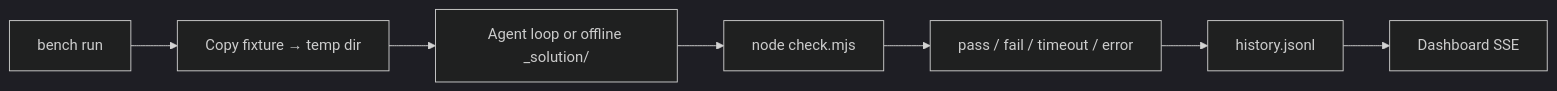
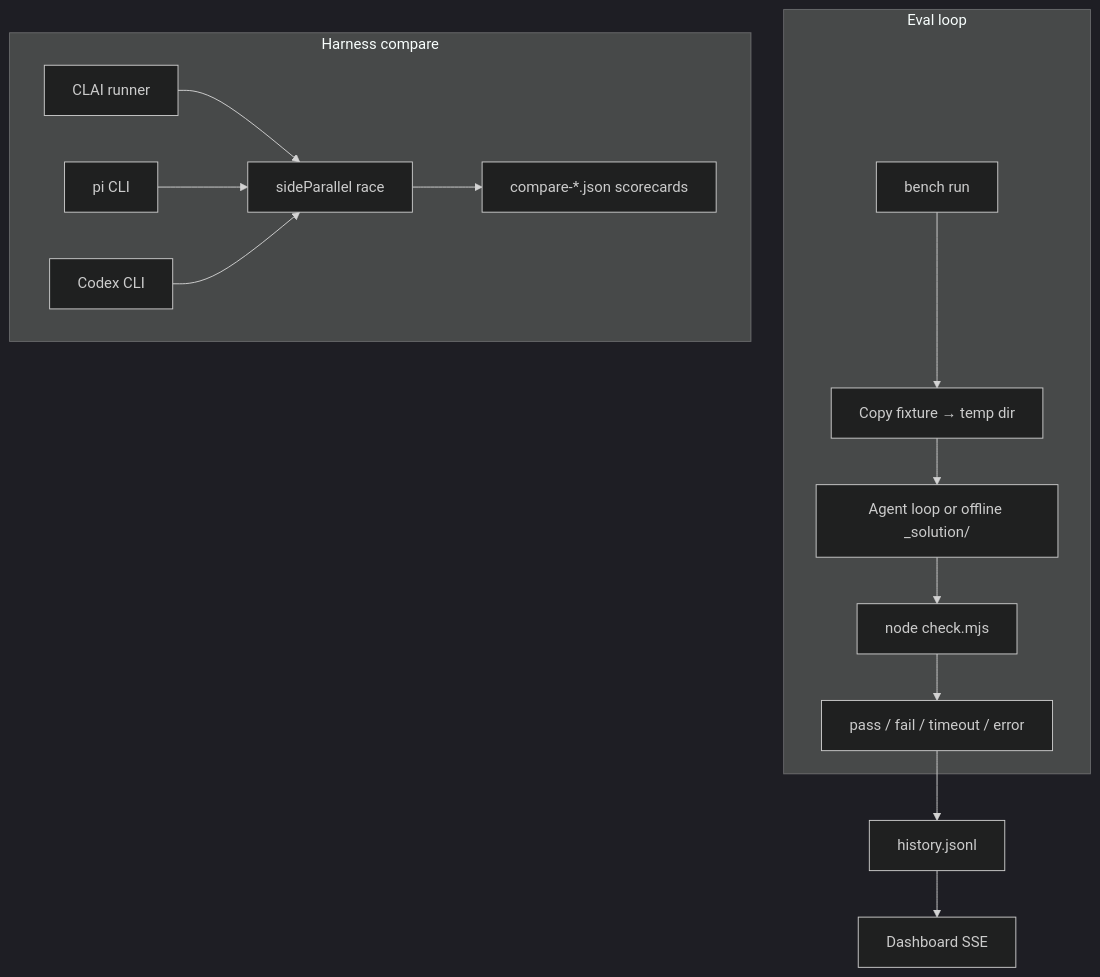
Before and after one commit to rajofearth/CodeRush2.0_TeamKnull: diagram 18 of 19 in docs/ARCHITECTURE.md, drawn with Mermaid (dark theme). The commit also changed other lines of this file and 3 other files, not shown here.

First line of the commit message:
docs: update ARCHITECTURE.md with comprehensive harness flow and enhanced content structure

````diff
--- a/docs/ARCHITECTURE.md
+++ b/docs/ARCHITECTURE.md
@@ -650,9 +914,20 @@
 ```mermaid
-flowchart LR
-  R["bench run"] --> C["Copy fixture → temp dir"]
-  C --> A["Agent loop or offline _solution/"]
-  A --> V["node check.mjs"]
-  V --> P["pass / fail / timeout / error"]
+flowchart TB
+  subgraph Eval["Eval loop"]
+    R["bench run"] --> C["Copy fixture → temp dir"]
+    C --> A["Agent loop or offline _solution/"]
+    A --> V["node check.mjs"]
+    V --> P["pass / fail / timeout / error"]
+  end
   P --> H["history.jsonl"]
   H --> D["Dashboard SSE"]
+  subgraph Compare["Harness compare"]
+    CLAI["CLAI runner"]
+    PI["pi CLI"]
+    CX["Codex CLI"]
+    CLAI --> RACE["sideParallel race"]
+    PI --> RACE
+    CX --> RACE
+    RACE --> SC["compare-*.json scorecards"]
+  end
 ```
````
